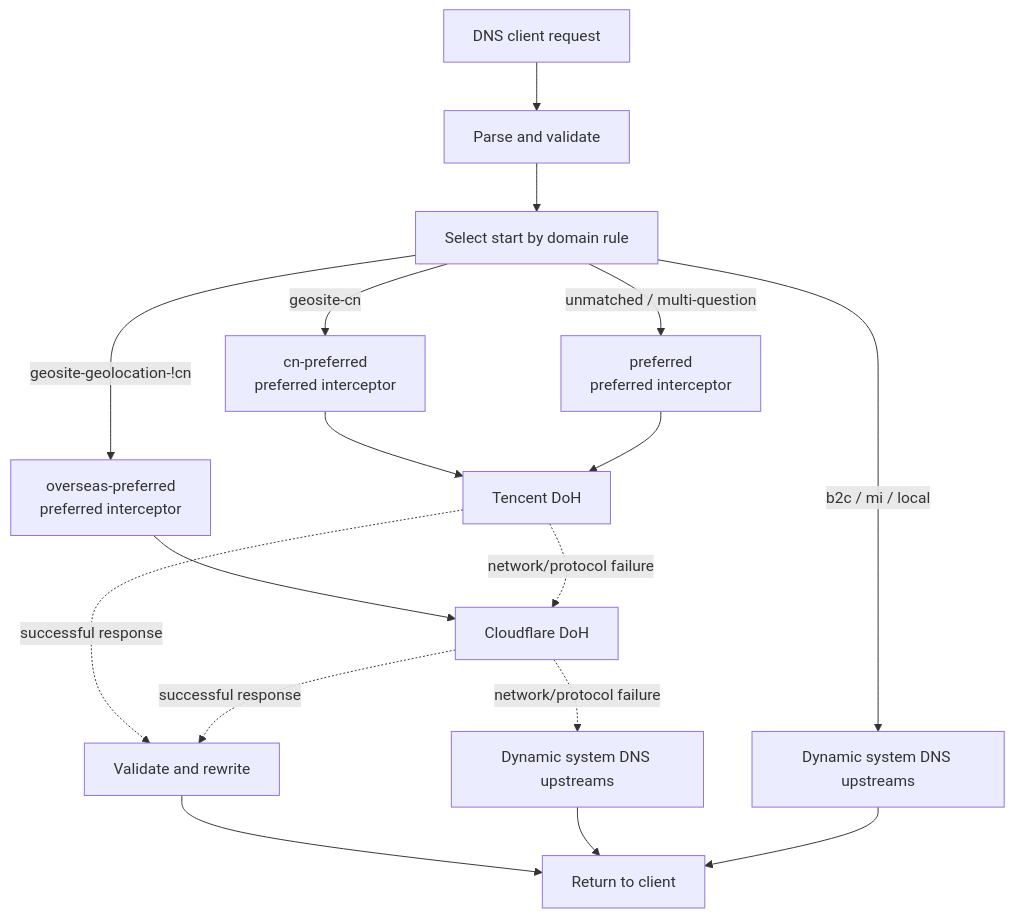
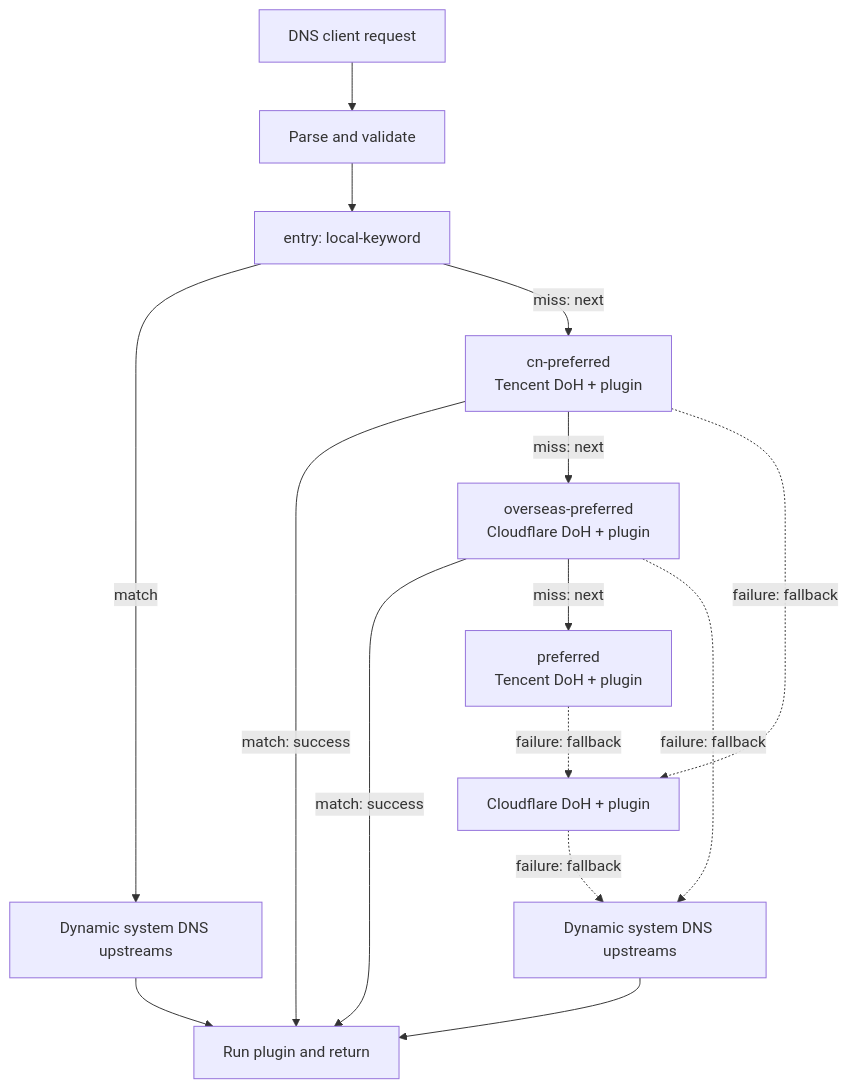
One commit to Fuxx-1/EdgeSteer changed the diagram in docs/en/architecture.md. Above: the diagram before and after it, drawn with Mermaid. The commit also changed other lines of this file and 15 other files, not shown here.

Commit message:
Refactor DNS layers around a single entry

````diff
--- a/docs/en/architecture.md
+++ b/docs/en/architecture.md
@@ -9,19 +9,17 @@
 ```mermaid
 flowchart TB
     C["DNS client request"] --> P["Parse and validate"]
-    P --> R["Select start by domain rule"]
-    R -->|"b2c / mi / local"| K["Dynamic system DNS upstreams"]
-    R -->|"geosite-cn"| CN["cn-preferred<br/>preferred interceptor"]
-    R -->|"geosite-geolocation-!cn"| OS["overseas-preferred<br/>preferred interceptor"]
-    R -->|"unmatched / multi-question"| DF["preferred<br/>preferred interceptor"]
-    CN --> T["Tencent DoH"]
-    DF --> T
-    OS --> D["Cloudflare DoH"]
-    T -. "network/protocol failure" .-> D
-    D -. "network/protocol failure" .-> L["Dynamic system DNS upstreams"]
-    T -. "successful response" .-> W["Validate and rewrite"]
-    D -. "successful response" .-> W
-    W --> O["Return to client"]
+    P --> E["entry: local-keyword"]
+    E -->|"match"| K["Dynamic system DNS upstreams"]
+    E -->|"miss: next"| CN["cn-preferred<br/>Tencent DoH + plugin"]
+    CN -->|"match: success"| O["Run plugin and return"]
+    CN -->|"miss: next"| OS["overseas-preferred<br/>Cloudflare DoH + plugin"]
+    CN -. "failure: fallback" .-> D["Cloudflare DoH + plugin"]
+    OS -->|"match: success"| O
+    OS -->|"miss: next"| DF["preferred<br/>Tencent DoH + plugin"]
+    OS -. "failure: fallback" .-> L["Dynamic system DNS upstreams"]
+    DF -. "failure: fallback" .-> D
+    D -. "failure: fallback" .-> L
+    K --> O
     L --> O
-    K --> O
 ```
````
